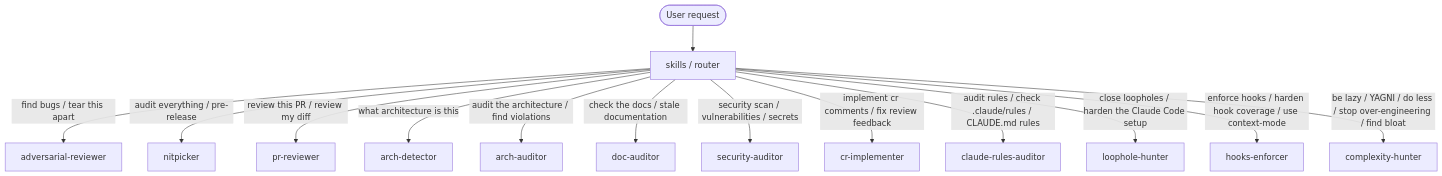
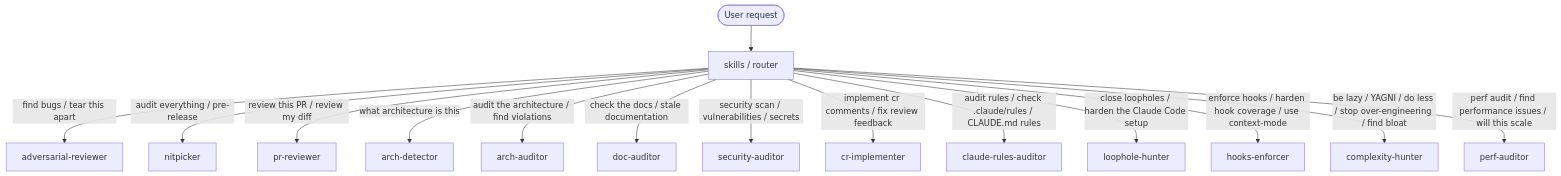
One commit to ivuorinen/skills changed the fifth of 6 diagrams in .claude/skills/README.md. Above: the diagram before and after it, drawn with Mermaid. The commit also changed other lines of this file and 8 other files, not shown here.

First line of the commit message:
feat: add perf-auditor skill (#32)

````diff
--- a/.claude/skills/README.md
+++ b/.claude/skills/README.md
@@ -262,16 +269,17 @@
 ```mermaid
 flowchart TD
     U([User request]) --> R[skills / router]
     R -->|"find bugs / tear this apart"| AR[adversarial-reviewer]
     R -->|"audit everything / pre-release"| NP[nitpicker]
     R -->|"review this PR / review my diff"| PR[pr-reviewer]
     R -->|"what architecture is this"| AD[arch-detector]
     R -->|"audit the architecture / find violations"| AA[arch-auditor]
     R -->|"check the docs / stale documentation"| DA[doc-auditor]
     R -->|"security scan / vulnerabilities / secrets"| SA[security-auditor]
     R -->|"implement cr comments / fix review feedback"| CRI[cr-implementer]
     R -->|"audit rules / check .claude/rules / CLAUDE.md rules"| CRA[claude-rules-auditor]
     R -->|"close loopholes / harden the Claude Code setup"| LH[loophole-hunter]
     R -->|"enforce hooks / harden hook coverage / use context-mode"| HE[hooks-enforcer]
     R -->|"be lazy / YAGNI / do less / stop over-engineering / find bloat"| CH[complexity-hunter]
+    R -->|"perf audit / find performance issues / will this scale"| PA[perf-auditor]
 ```
````
